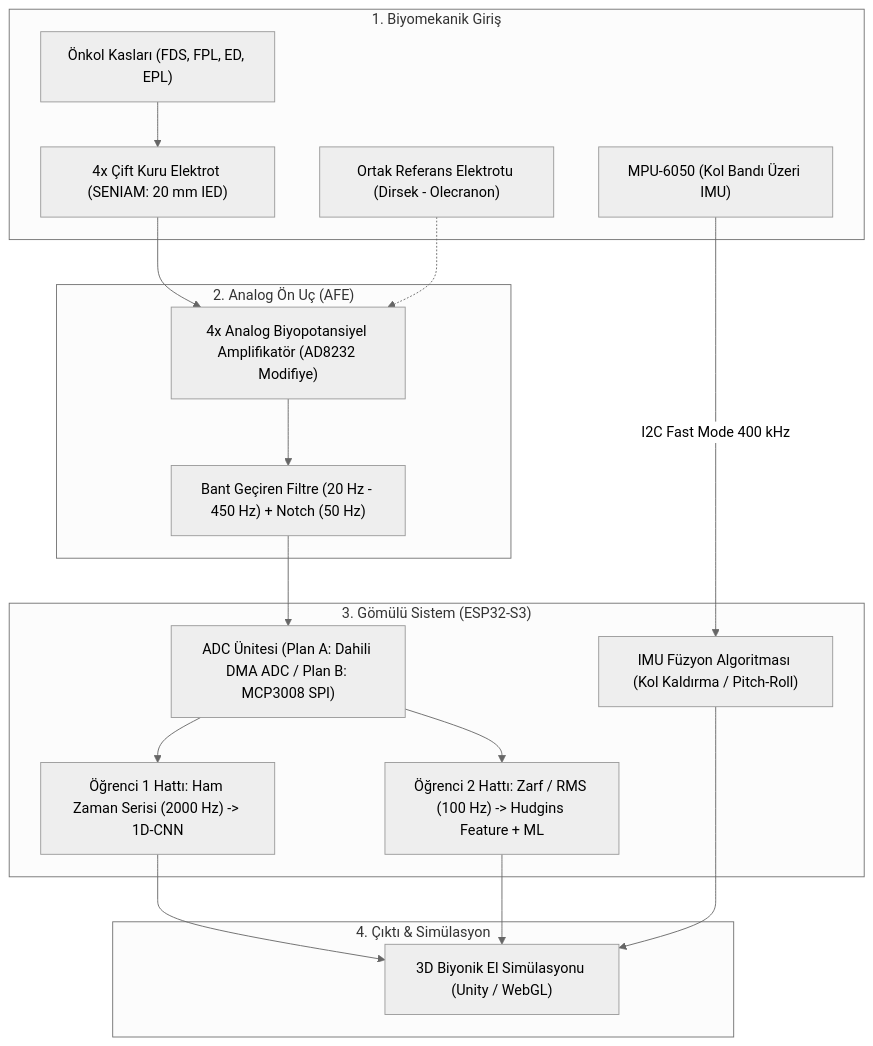
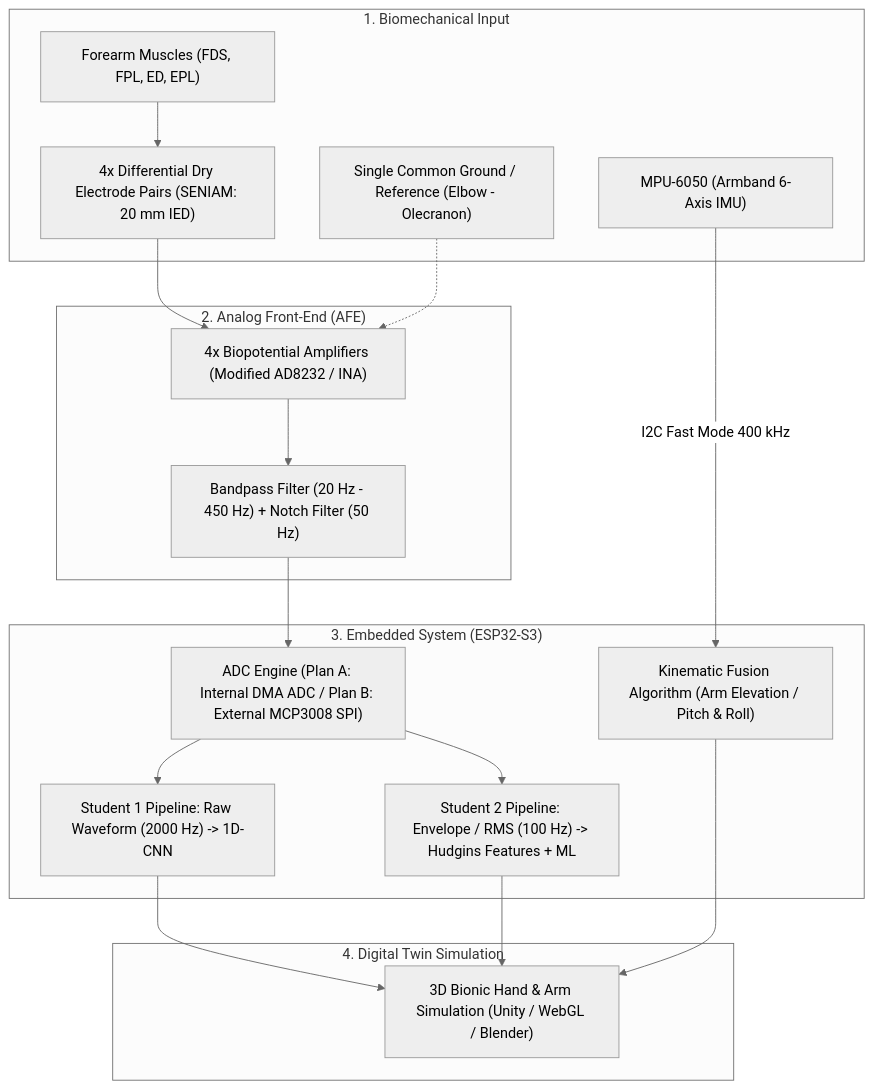
The diagram in README.md (nziyak/nuada-bionic-hand-tinyml), drawn with Mermaid (neutral theme) before and after one commit. The commit also changed other lines of this file and 2 other files, not shown here.

````diff
--- a/README.md
+++ b/README.md
@@ -34,37 +34,37 @@
 ```mermaid
 graph TD
-    subgraph KULLANICI ["1. Biyomekanik Giriş"]
-        MUSCLE["Önkol Kasları (FDS, FPL, ED, EPL)"]
-        DRY["4x Çift Kuru Elektrot (SENIAM: 20 mm IED)"]
-        REF["Ortak Referans Elektrotu (Dirsek - Olecranon)"]
-        IMU_CHIP["MPU-6050 (Kol Bandı Üzeri IMU)"]
+    subgraph INPUT_STAGE ["1. Biomechanical Input"]
+        MUSCLE["Forearm Muscles (FDS, FPL, ED, EPL)"]
+        DRY["4x Differential Dry Electrode Pairs (SENIAM: 20 mm IED)"]
+        REF["Single Common Ground / Reference (Elbow - Olecranon)"]
+        IMU_CHIP["MPU-6050 (Armband 6-Axis IMU)"]
     end
 
-    subgraph AFE_STAGE ["2. Analog Ön Uç (AFE)"]
-        AMP["4x Analog Biyopotansiyel Amplifikatör (AD8232 Modifiye)"]
-        FILTER["Bant Geçiren Filtre (20 Hz - 450 Hz) + Notch (50 Hz)"]
+    subgraph AFE_STAGE ["2. Analog Front-End (AFE)"]
+        AMP["4x Biopotential Amplifiers (Modified AD8232 / INA)"]
+        FILTER["Bandpass Filter (20 Hz - 450 Hz) + Notch Filter (50 Hz)"]
     end
 
-    subgraph MCU_STAGE ["3. Gömülü Sistem (ESP32-S3)"]
-        ADC_ENGINE["ADC Ünitesi (Plan A: Dahili DMA ADC / Plan B: MCP3008 SPI)"]
-        RAW_PIPE["Öğrenci 1 Hattı: Ham Zaman Serisi (2000 Hz) -> 1D-CNN"]
-        DSP_PIPE["Öğrenci 2 Hattı: Zarf / RMS (100 Hz) -> Hudgins Feature + ML"]
-        IMU_FUSION["IMU Füzyon Algoritması (Kol Kaldırma / Pitch-Roll)"]
+    subgraph MCU_STAGE ["3. Embedded System (ESP32-S3)"]
+        ADC_ENGINE["ADC Engine (Plan A: Internal DMA ADC / Plan B: External MCP3008 SPI)"]
+        RAW_PIPE["Student 1 Pipeline: Raw Waveform (2000 Hz) -> 1D-CNN"]
+        DSP_PIPE["Student 2 Pipeline: Envelope / RMS (100 Hz) -> Hudgins Features + ML"]
+        IMU_FUSION["Kinematic Fusion Algorithm (Arm Elevation / Pitch & Roll)"]
     end
 
-    subgraph OUTPUT_STAGE ["4. Çıktı & Simülasyon"]
-        SIM["3D Biyonik El Simülasyonu (Unity / WebGL)"]
+    subgraph OUTPUT_STAGE ["4. Digital Twin Simulation"]
+        SIM["3D Bionic Hand & Arm Simulation (Unity / WebGL / Blender)"]
     end
 
     MUSCLE --> DRY
     DRY --> AMP
     REF -.-> AMP
     AMP --> FILTER
     FILTER --> ADC_ENGINE
     IMU_CHIP -->|I2C Fast Mode 400 kHz| IMU_FUSION
     ADC_ENGINE --> RAW_PIPE
     ADC_ENGINE --> DSP_PIPE
     RAW_PIPE --> SIM
     DSP_PIPE --> SIM
     IMU_FUSION --> SIM
 ```
````
